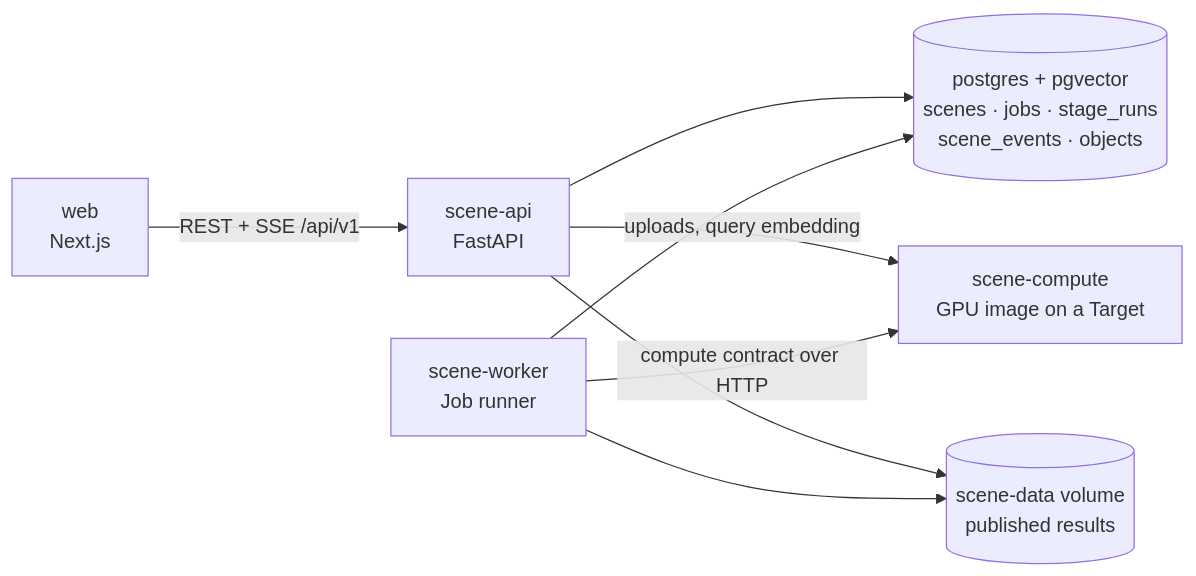
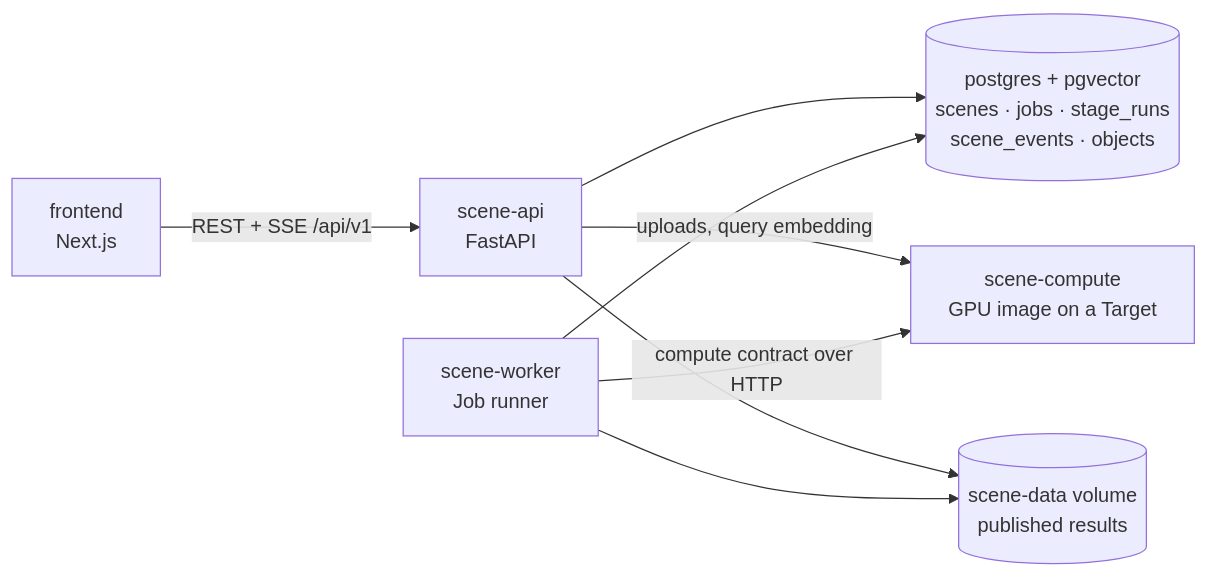
The first of 2 diagrams in docs/architecture/overview.md (luatducvo/3D-scene), drawn with Mermaid before and after one commit. The commit also changed other lines of this file and 8 other files, not shown here.

````diff
--- a/docs/architecture/overview.md
+++ b/docs/architecture/overview.md
@@ -22,10 +22,10 @@
 ```mermaid
 flowchart LR
-  WEB[web<br/>Next.js] -->|REST + SSE /api/v1| API[scene-api<br/>FastAPI]
+  WEB[frontend<br/>Next.js] -->|REST + SSE /api/v1| API[scene-api<br/>FastAPI]
   API --> PG[(postgres + pgvector<br/>scenes · jobs · stage_runs<br/>scene_events · objects)]
   WK[scene-worker<br/>Job runner] --> PG
   API -->|uploads, query embedding| CMP
   WK -->|compute contract over HTTP| CMP[scene-compute<br/>GPU image on a Target]
   API --> FS[(scene-data volume<br/>published results)]
   WK --> FS
 ```
````
